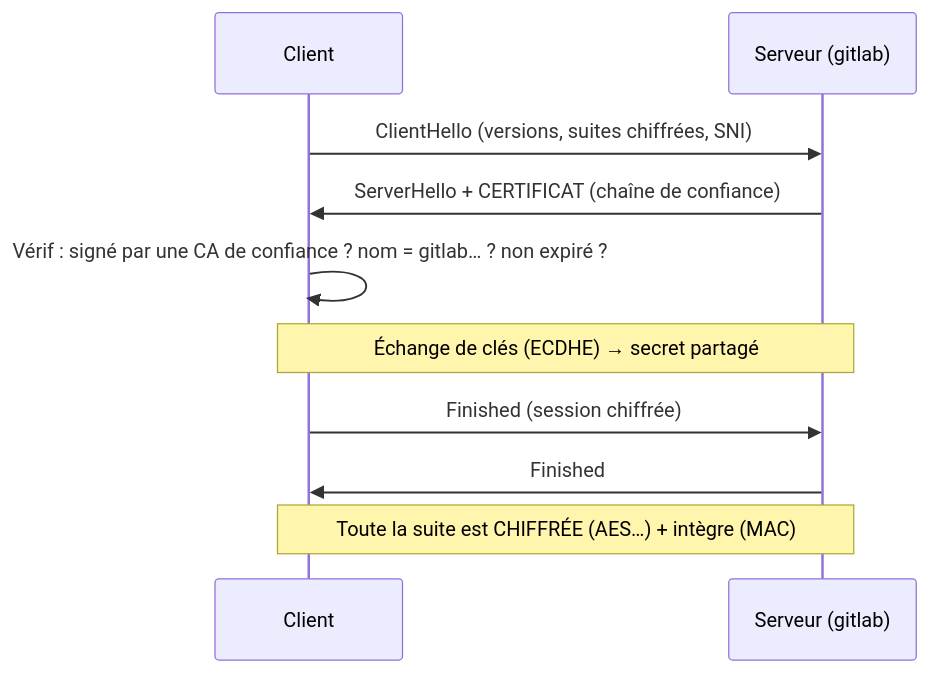
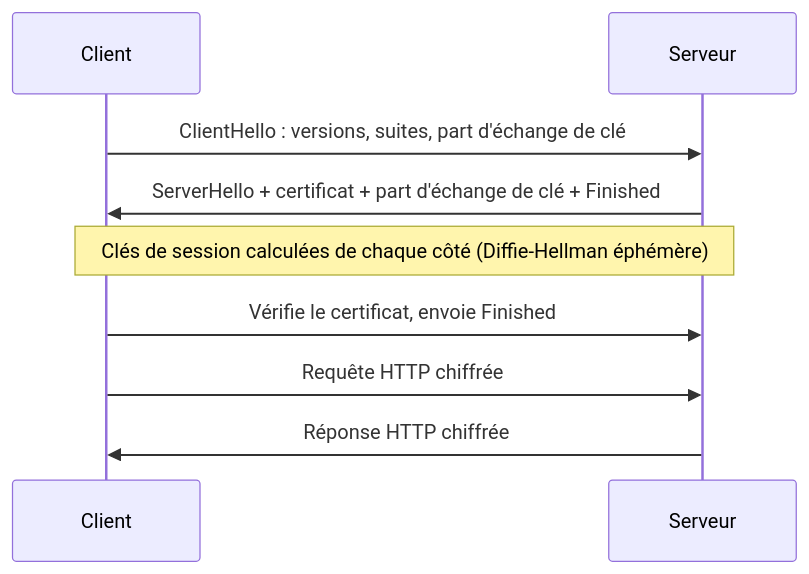
The tenth of 16 diagrams in reseaux/cours-reseaux.md (efoures/docs-cours), drawn with Mermaid before and after one commit. The commit also changed other lines of this file, not shown here.

````diff
--- a/reseaux/cours-reseaux.md
+++ b/reseaux/cours-reseaux.md
@@ -1020,12 +697,11 @@
 ```mermaid
 sequenceDiagram
-    participant C as Client
-    participant S as Serveur (gitlab)
-    C->>S: ClientHello (versions, suites chiffrées, SNI)
-    S->>C: ServerHello + CERTIFICAT (chaîne de confiance)
-    C->>C: Vérif : signé par une CA de confiance ? nom = gitlab… ? non expiré ?
-    Note over C,S: Échange de clés (ECDHE) → secret partagé
-    C->>S: Finished (session chiffrée)
-    S->>C: Finished
-    Note over C,S: Toute la suite est CHIFFRÉE (AES…) + intègre (MAC)
+  participant C as Client
+  participant S as Serveur
+  C->>S: ClientHello : versions, suites, part d'échange de clé
+  S->>C: ServerHello + certificat + part d'échange de clé + Finished
+  Note over C,S: Clés de session calculées de chaque côté (Diffie-Hellman éphémère)
+  C->>S: Vérifie le certificat, envoie Finished
+  C->>S: Requête HTTP chiffrée
+  S->>C: Réponse HTTP chiffrée
 ```
````
